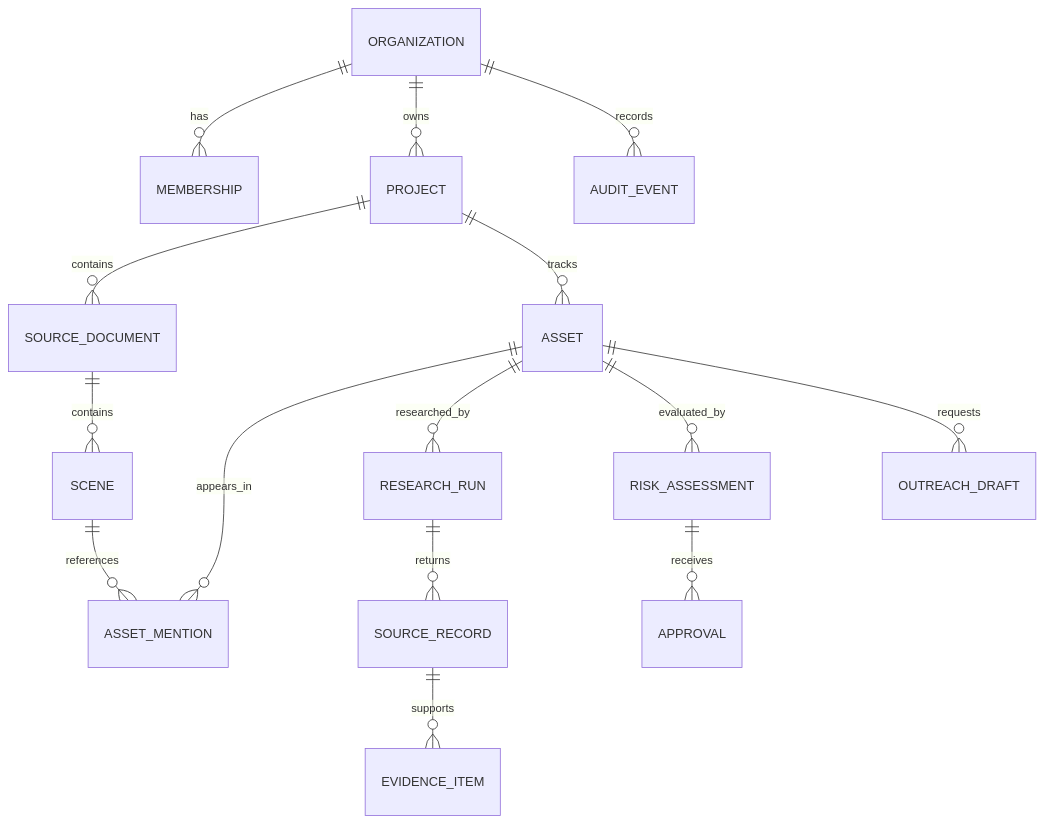
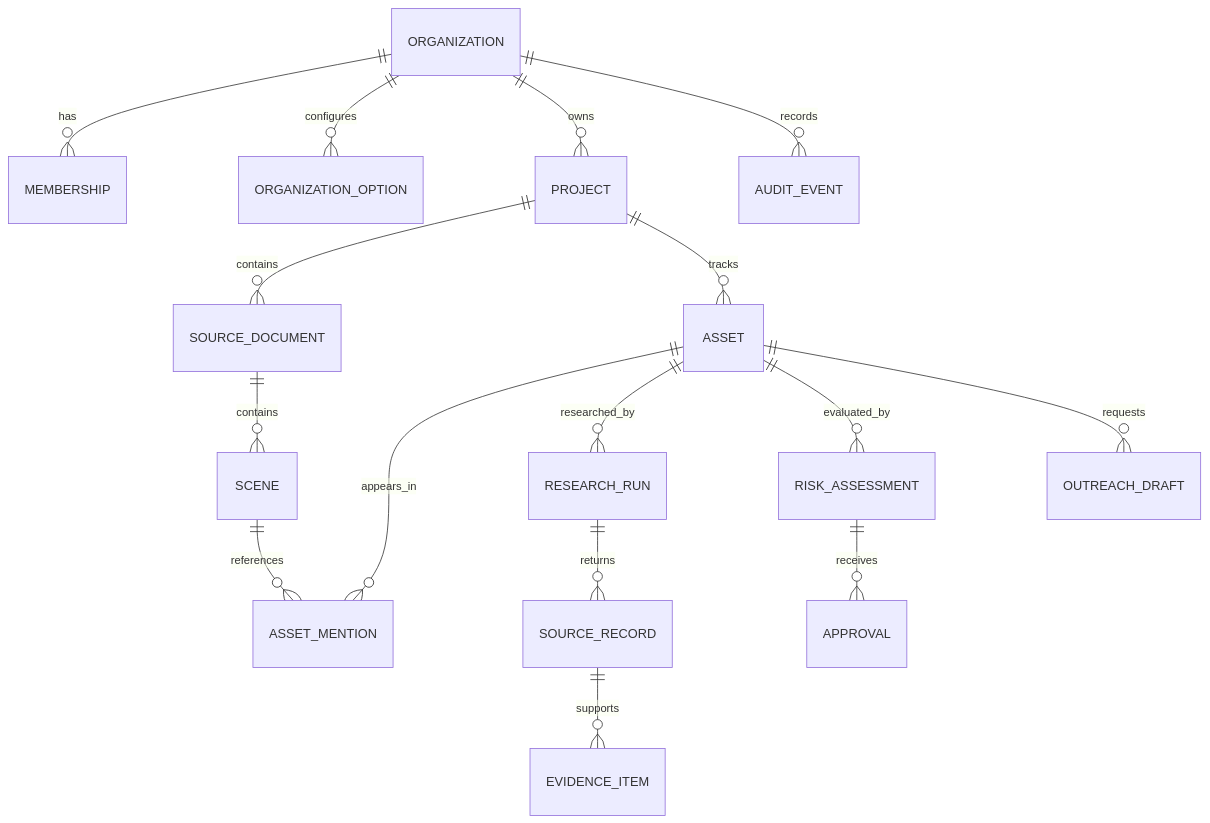
One commit to simiyu-samuel/clearcut-rights-agent changed the diagram in docs/04-data-model.md. Above: the diagram before and after it, drawn with Mermaid. The commit also changed other lines of this file and 12 other files, not shown here.

````diff
--- a/docs/04-data-model.md
+++ b/docs/04-data-model.md
@@ -111,17 +120,18 @@
 ```mermaid
 erDiagram
     ORGANIZATION ||--o{ MEMBERSHIP : has
+    ORGANIZATION ||--o{ ORGANIZATION_OPTION : configures
     ORGANIZATION ||--o{ PROJECT : owns
     PROJECT ||--o{ SOURCE_DOCUMENT : contains
     SOURCE_DOCUMENT ||--o{ SCENE : contains
     PROJECT ||--o{ ASSET : tracks
     ASSET ||--o{ ASSET_MENTION : appears_in
     SCENE ||--o{ ASSET_MENTION : references
     ASSET ||--o{ RESEARCH_RUN : researched_by
     RESEARCH_RUN ||--o{ SOURCE_RECORD : returns
     SOURCE_RECORD ||--o{ EVIDENCE_ITEM : supports
     ASSET ||--o{ RISK_ASSESSMENT : evaluated_by
     RISK_ASSESSMENT ||--o{ APPROVAL : receives
     ASSET ||--o{ OUTREACH_DRAFT : requests
     ORGANIZATION ||--o{ AUDIT_EVENT : records
 ```
````
